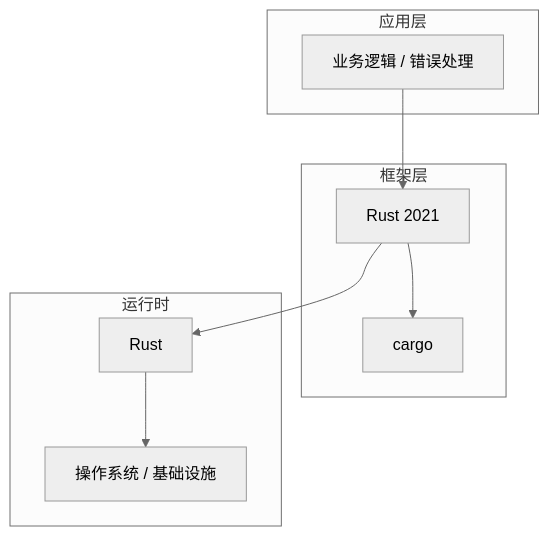
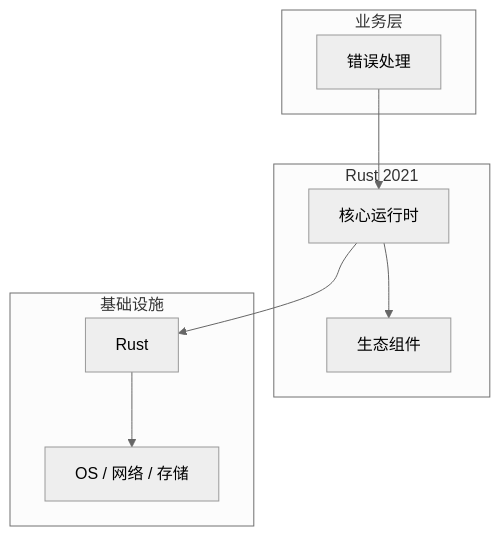
One commit to yanggan2015/knowledge-json-v2 changed the diagram in articles/Rust语言/chapters/053-错误处理核心概念与原理.md. Above: the diagram before and after it, drawn with Mermaid (neutral theme). The commit also changed other lines of this file and 10127 other files, not shown here.

````diff
--- a/articles/Rust语言/chapters/053-错误处理核心概念与原理.md
+++ b/articles/Rust语言/chapters/053-错误处理核心概念与原理.md
@@ -45,18 +34,18 @@
 ```mermaid
 graph TB
-    subgraph 应用层
-        A[业务逻辑 / 错误处理]
+    subgraph 业务层
+        A[错误处理]
     end
-    subgraph 框架层
-        B[Rust 2021]
-        C[cargo]
+    subgraph Rust 2021
+        B[核心运行时]
+        C[生态组件]
     end
-    subgraph 运行时
+    subgraph 基础设施
         D[Rust]
-        E[操作系统 / 基础设施]
+        E[OS / 网络 / 存储]
     end
     A --> B
     B --> C
     B --> D
     D --> E
 ```
````
